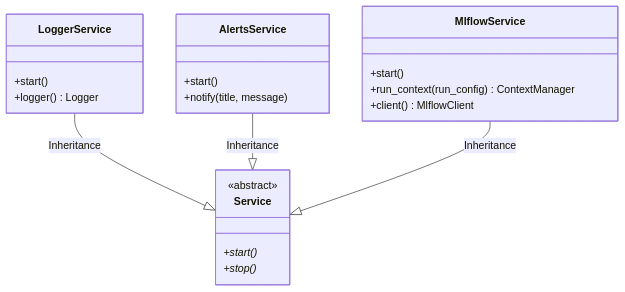
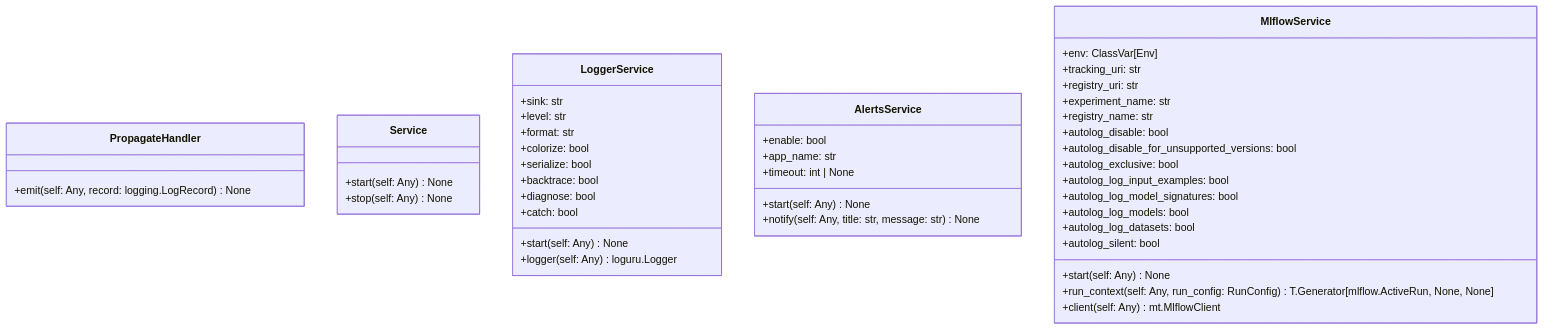
One commit to lgcorzo/mlops-python-package changed the diagram in openwiki/modules/regression_model_template/io/services.md. Above: the diagram before and after it, drawn with Mermaid. The commit also changed other lines of this file and 40 other files, not shown here.

````diff
--- a/openwiki/modules/regression_model_template/io/services.md
+++ b/openwiki/modules/regression_model_template/io/services.md
@@ -26,26 +23,48 @@
 ```mermaid
 classDiagram
     direction BT
+    class PropagateHandler {
+        +emit(self: Any, record: logging.LogRecord) None
+    }
     class Service {
-        <<abstract>>
-        +start()*
-        +stop()*
+        +start(self: Any) None
+        +stop(self: Any) None
     }
     class LoggerService {
-        +start()
-        +logger() Logger
+        +sink: str
+        +level: str
+        +format: str
+        +colorize: bool
+        +serialize: bool
+        +backtrace: bool
+        +diagnose: bool
+        +catch: bool
+        +start(self: Any) None
+        +logger(self: Any) loguru.Logger
     }
     class AlertsService {
-        +start()
-        +notify(title, message)
+        +enable: bool
+        +app_name: str
+        +timeout: int | None
+        +start(self: Any) None
+        +notify(self: Any, title: str, message: str) None
     }
     class MlflowService {
-        +start()
-        +run_context(run_config) ContextManager
-        +client() MlflowClient
+        +env: ClassVar[Env]
+        +tracking_uri: str
+        +registry_uri: str
+        +experiment_name: str
+        +registry_name: str
+        +autolog_disable: bool
+        +autolog_disable_for_unsupported_versions: bool
+        +autolog_exclusive: bool
+        +autolog_log_input_examples: bool
+        +autolog_log_model_signatures: bool
+        +autolog_log_models: bool
+        +autolog_log_datasets: bool
+        +autolog_silent: bool
+        +start(self: Any) None
+        +run_context(self: Any, run_config: RunConfig) T.Generator[mlflow.ActiveRun, None, None]
+        +client(self: Any) mt.MlflowClient
     }
-
-    Service <|-- LoggerService : Inheritance
-    Service <|-- AlertsService : Inheritance
-    Service <|-- MlflowService : Inheritance
 ```
````
